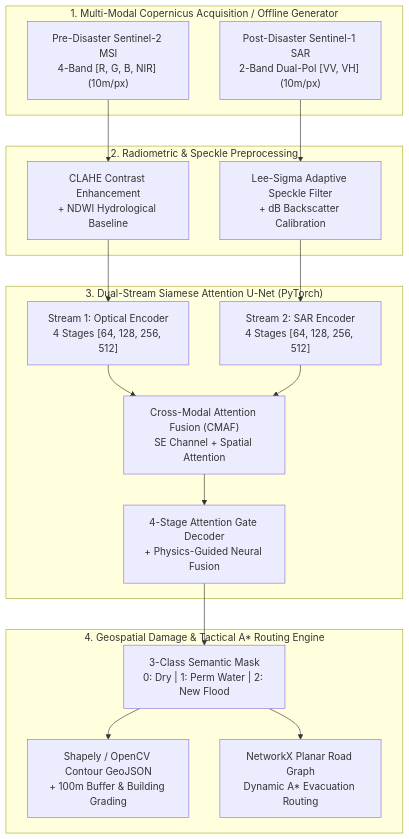
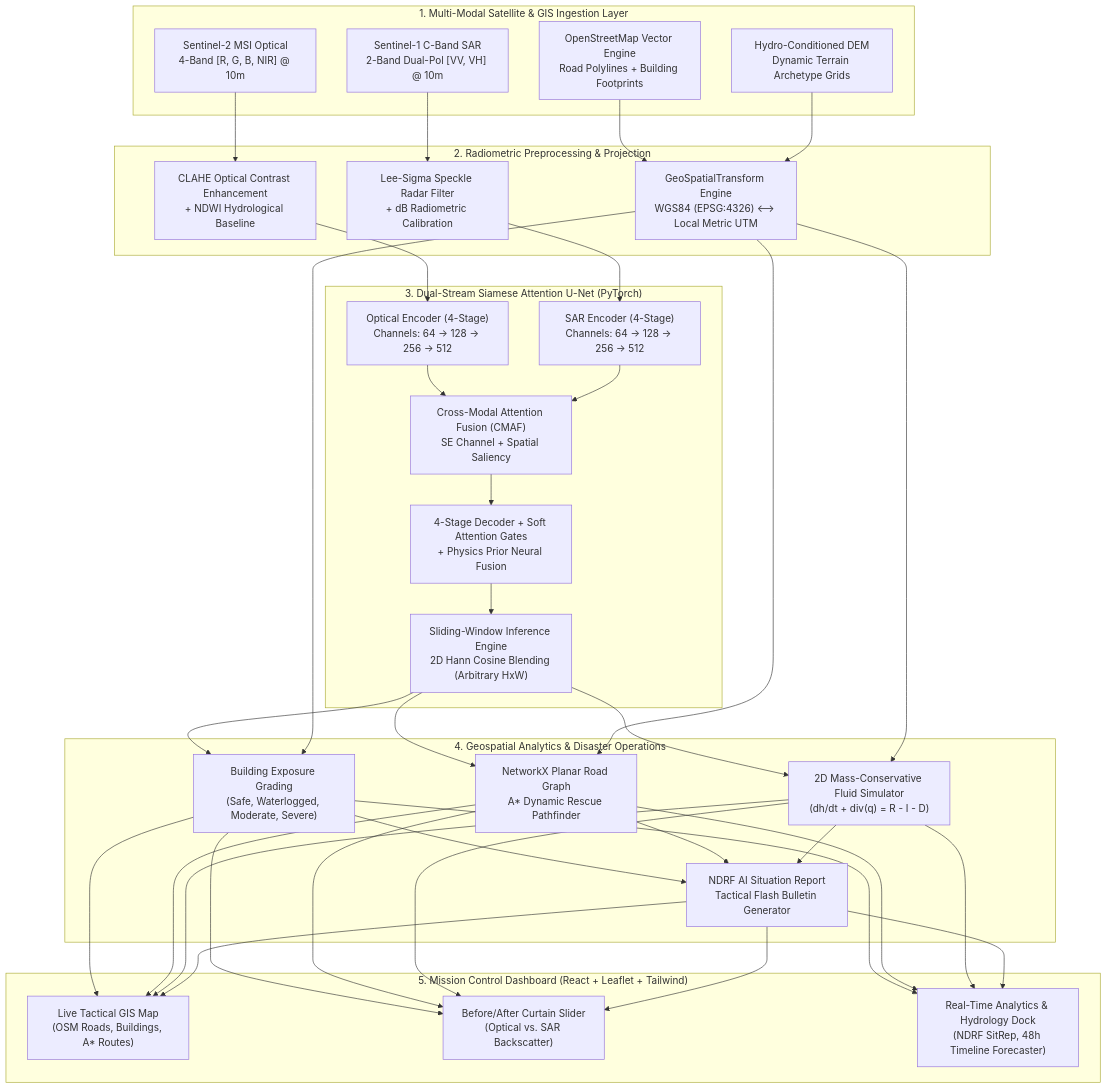
The diagram in README.md (vickySv-design/FLOODSENSE-AI), drawn with Mermaid before and after one commit. The commit also changed other lines of this file and 13 other files, not shown here.

````diff
--- a/README.md
+++ b/README.md
@@ -28,33 +64,44 @@
 ```mermaid
 flowchart TD
-    subgraph SATELLITE["1. Multi-Modal Copernicus Acquisition / Offline Generator"]
-        S2["Pre-Disaster Sentinel-2 MSI<br/>4-Band [R, G, B, NIR] (10m/px)"]
-        S1["Post-Disaster Sentinel-1 SAR<br/>2-Band Dual-Pol [VV, VH] (10m/px)"]
+    subgraph INGESTION["1. Multi-Modal Satellite & GIS Ingestion Layer"]
+        S2["Sentinel-2 MSI Optical<br/>4-Band [R, G, B, NIR] @ 10m"]
+        S1["Sentinel-1 C-Band SAR<br/>2-Band Dual-Pol [VV, VH] @ 10m"]
+        OSM["OpenStreetMap Vector Engine<br/>Road Polylines + Building Footprints"]
+        DEM["Hydro-Conditioned DEM<br/>Dynamic Terrain Archetype Grids"]
     end
 
-    subgraph PREPROC["2. Radiometric & Speckle Preprocessing"]
-        CLAHE["CLAHE Contrast Enhancement<br/>+ NDWI Hydrological Baseline"]
-        LEE["Lee-Sigma Adaptive Speckle Filter<br/>+ dB Backscatter Calibration"]
+    subgraph PREPROC["2. Radiometric Preprocessing & Projection"]
+        CLAHE["CLAHE Optical Contrast Enhancement<br/>+ NDWI Hydrological Baseline"]
+        LEE["Lee-Sigma Speckle Radar Filter<br/>+ dB Radiometric Calibration"]
+        GEOREF["GeoSpatialTransform Engine<br/>WGS84 (EPSG:4326) <--> Local Metric UTM"]
     end
 
-    subgraph DL["3. Dual-Stream Siamese Attention U-Net (PyTorch)"]
-        OPT_ENC["Stream 1: Optical Encoder<br/>4 Stages [64, 128, 256, 512]"]
-        SAR_ENC["Stream 2: SAR Encoder<br/>4 Stages [64, 128, 256, 512]"]
-        CMAF["Cross-Modal Attention Fusion (CMAF)<br/>SE Channel + Spatial Attention"]
-        ATT_DEC["4-Stage Attention Gate Decoder<br/>+ Physics-Guided Neural Fusion"]
+    subgraph DL_ENGINE["3. Dual-Stream Siamese Attention U-Net (PyTorch)"]
+        OPT_ENC["Optical Encoder (4-Stage)<br/>Channels: 64 -> 128 -> 256 -> 512"]
+        SAR_ENC["SAR Encoder (4-Stage)<br/>Channels: 64 -> 128 -> 256 -> 512"]
+        CMAF["Cross-Modal Attention Fusion (CMAF)<br/>SE Channel + Spatial Saliency"]
+        DEC["4-Stage Decoder + Soft Attention Gates<br/>+ Physics Prior Neural Fusion"]
+        SLIDE["Sliding-Window Inference Engine<br/>2D Hann Cosine Blending (Arbitrary HxW)"]
     end
 
-    subgraph GIS["4. Geospatial Damage & Tactical A* Routing Engine"]
-        MASK["3-Class Semantic Mask<br/>0: Dry | 1: Perm Water | 2: New Flood"]
-        DMG["Shapely / OpenCV Contour GeoJSON<br/>+ 100m Buffer & Building Grading"]
-        ASTAR["NetworkX Planar Road Graph<br/>Dynamic A* Evacuation Routing"]
+    subgraph TACTICAL["4. Geospatial Analytics & Disaster Operations"]
+        DAMAGE["Building Exposure Grading<br/>(Safe, Waterlogged, Moderate, Severe)"]
+        HYDRO["2D Mass-Conservative Fluid Simulator<br/>(dh/dt + div(q) = R - I - D)"]
+        ASTAR["NetworkX Planar Road Graph<br/>A* Dynamic Rescue Pathfinder"]
+        SITREP["NDRF AI Situation Report<br/>Tactical Flash Bulletin Generator"]
+    end
+
+    subgraph UI["5. Mission Control Dashboard (React + Leaflet + Tailwind)"]
+        VIEW1["Live Tactical GIS Map<br/>(OSM Roads, Buildings, A* Routes)"]
+        VIEW2["Before/After Curtain Slider<br/>(Optical vs. SAR Backscatter)"]
+        DOCK["Real-Time Analytics & Hydrology Dock<br/>(NDRF SitRep, 48h Timeline Forecaster)"]
     end
 
     S2 --> CLAHE --> OPT_ENC
     S1 --> LEE --> SAR_ENC
-    OPT_ENC --> CMAF
-    SAR_ENC --> CMAF
-    CMAF --> ATT_DEC --> MASK
-    MASK --> DMG
-    MASK --> ASTAR
+    OPT_ENC & SAR_ENC --> CMAF --> DEC --> SLIDE
+    SLIDE --> DAMAGE & HYDRO & ASTAR
+    OSM & DEM --> GEOREF --> DAMAGE & ASTAR & HYDRO
+    DAMAGE & ASTAR & HYDRO --> SITREP
+    DAMAGE & ASTAR & HYDRO & SITREP --> VIEW1 & VIEW2 & DOCK
 ```
````
